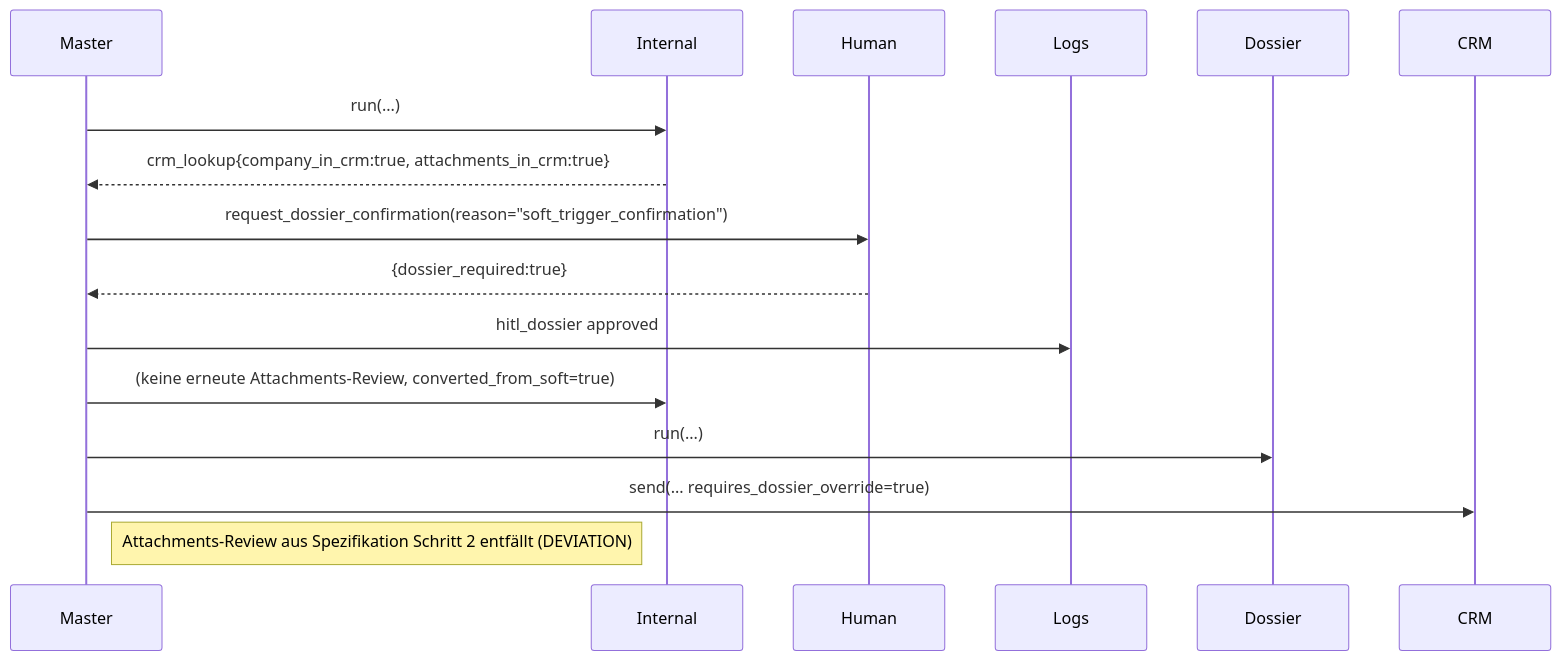
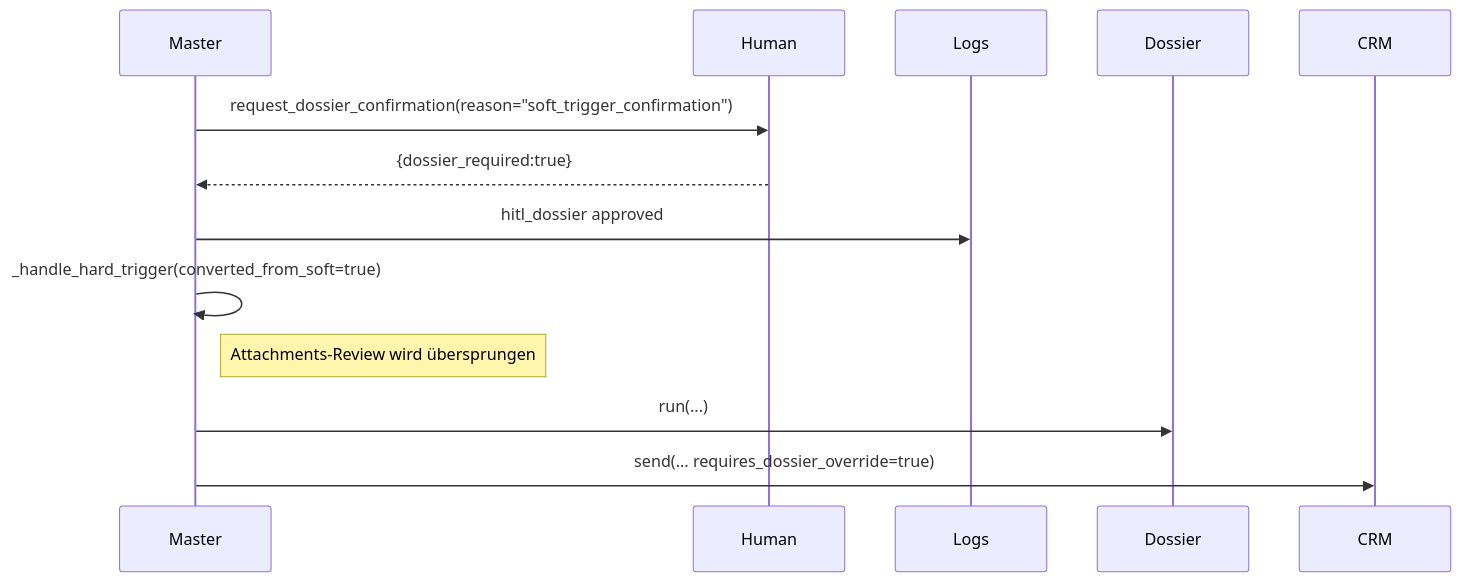
Before and after one commit to KonstantinData/Lead-Market-Insights: the fourth of 8 diagrams in docs/hubspot_dossier_audit.md, drawn with Mermaid. The commit also changed other lines of this file, not shown here.

````diff
--- a/docs/hubspot_dossier_audit.md
+++ b/docs/hubspot_dossier_audit.md
@@ -94,12 +89,10 @@
 ```mermaid
 sequenceDiagram
-    Master->>Internal: run(...)
-    Internal-->>Master: crm_lookup{company_in_crm:true, attachments_in_crm:true}
     Master->>Human: request_dossier_confirmation(reason="soft_trigger_confirmation")
     Human-->>Master: {dossier_required:true}
     Master->>Logs: hitl_dossier approved
-    Master->>Internal: (keine erneute Attachments-Review, converted_from_soft=true)
+    Master->>Master: _handle_hard_trigger(converted_from_soft=true)
+    Note right of Master: Attachments-Review wird übersprungen
     Master->>Dossier: run(...)
     Master->>CRM: send(... requires_dossier_override=true)
-    Note right of Master: Attachments-Review aus Spezifikation Schritt 2 entfällt (DEVIATION)
 ```
````
